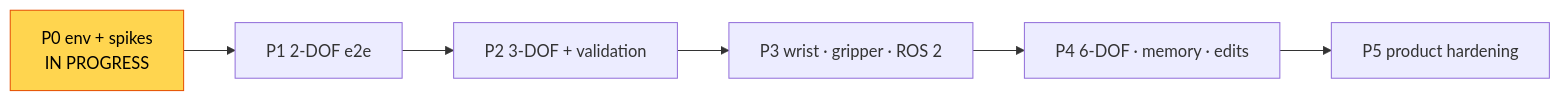
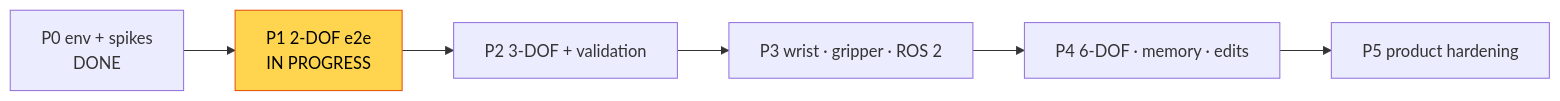
One commit to Gabriel86-AS/AGENTIC-CAD changed the diagram in implementation_context/current_state.md. Above: the diagram before and after it, drawn with Mermaid. The commit also changed other lines of this file and 24 other files, not shown here.

First line of the commit message:
P1: schemas, print profiles, SDK core v0 (T1.1, T1.2, T1.3)

````diff
--- a/implementation_context/current_state.md
+++ b/implementation_context/current_state.md
@@ -21,5 +21,5 @@
 ```mermaid
 flowchart LR
-    P0["P0 env + spikes<br/>IN PROGRESS"]:::cur --> P1["P1 2-DOF e2e"] --> P2["P2 3-DOF + validation"] --> P3["P3 wrist · gripper · ROS 2"] --> P4["P4 6-DOF · memory · edits"] --> P5["P5 product hardening"]
+    P0["P0 env + spikes<br/>DONE"] --> P1["P1 2-DOF e2e<br/>IN PROGRESS"]:::cur --> P2["P2 3-DOF + validation"] --> P3["P3 wrist · gripper · ROS 2"] --> P4["P4 6-DOF · memory · edits"] --> P5["P5 product hardening"]
     classDef cur fill:#ffd54f,stroke:#e65100,color:#000
 ```
````
